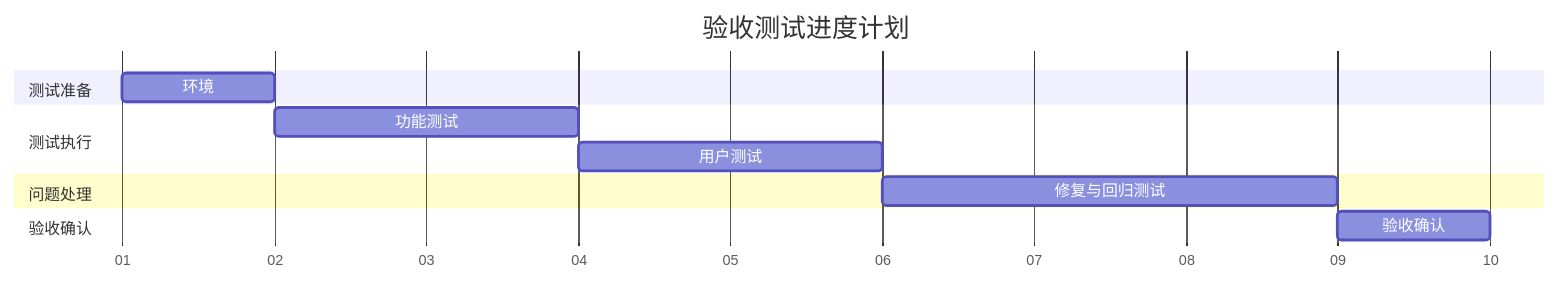
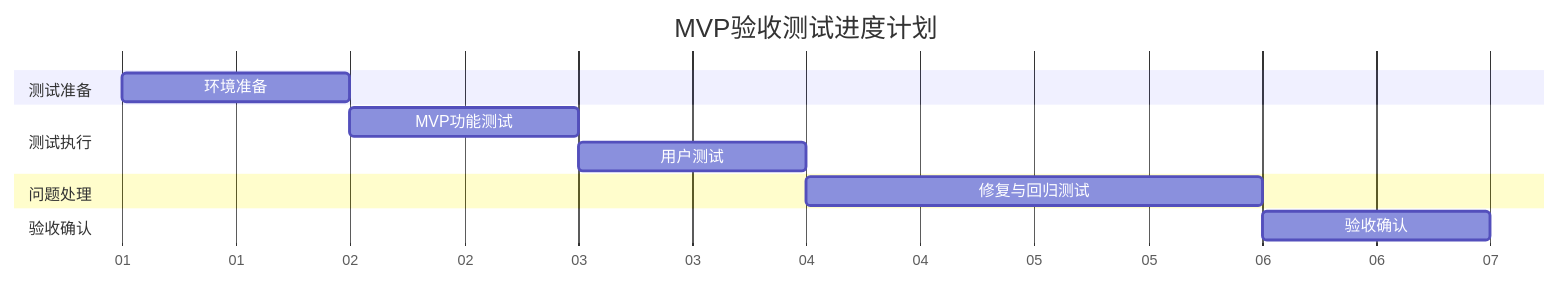
Before and after one commit to anlaganlag/med: the fifth of 7 diagrams in acceptance.md, drawn with Mermaid. The commit also changed other lines of this file and 3 other files, not shown here.

````diff
--- a/acceptance.md
+++ b/acceptance.md
@@ -240,16 +265,16 @@
 ```mermaid
 gantt
-    title 验收测试进度计划
+    title MVP验收测试进度计划
     dateFormat D
     axisFormat %d
-    
+
     section 测试准备
-    环境           :a1, 0, 1d
+    环境准备           :a1, 0, 0.5d
     section 测试执行
-    功能测试           :a2, after a1, 2d
-    用户测试        :a3, after a2, 2d
+    MVP功能测试        :a2, after a1, 1d
+    用户测试           :a3, after a2, 1d
     section 问题处理
-    修复与回归测试      :a4, after a3, 3d
+    修复与回归测试      :a4, after a3, 1.5d
     section 验收确认
-    验收确认           :a5, after a4, 1d
+    验收确认           :a5, after a4, 0.5d
 ```
````
